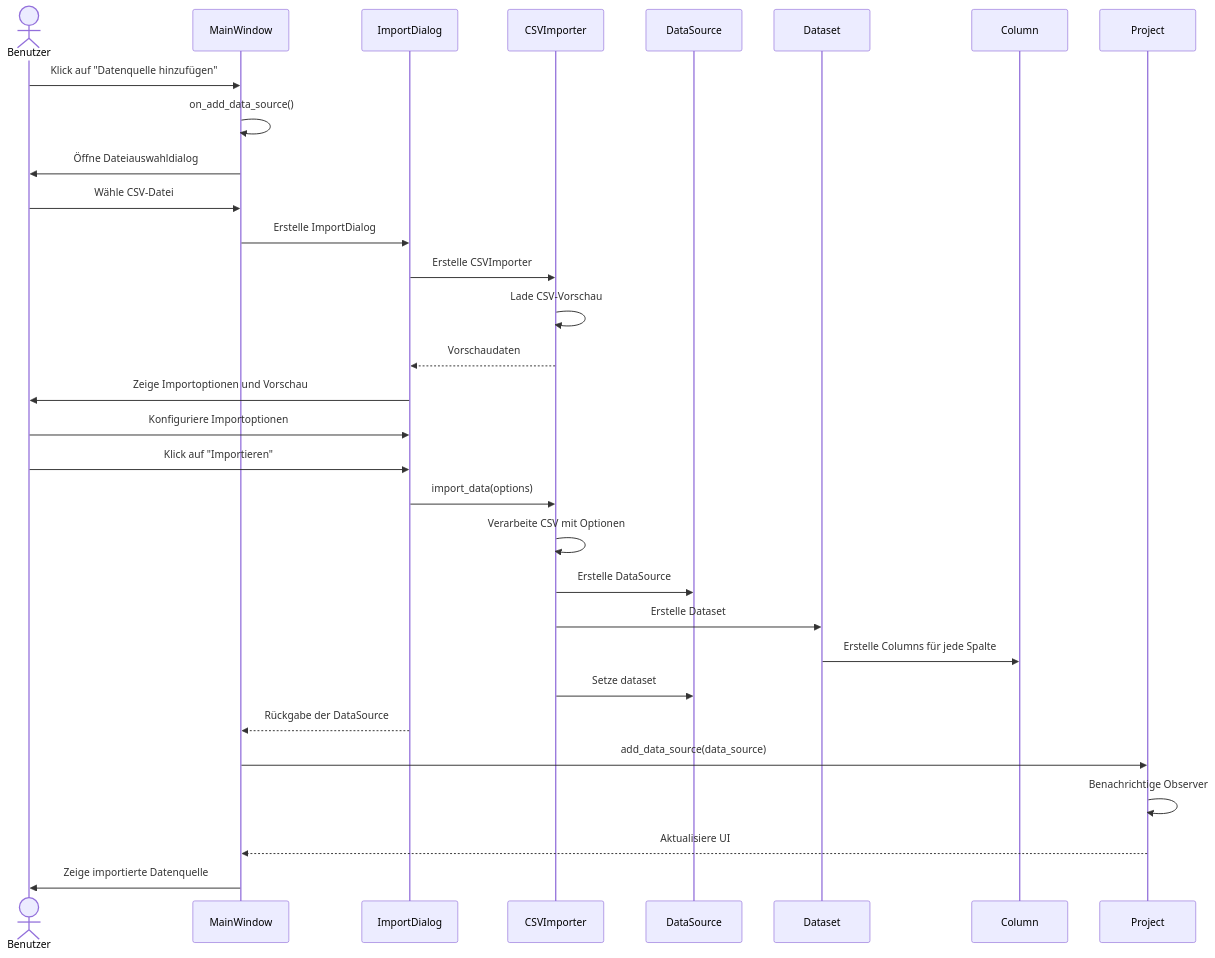
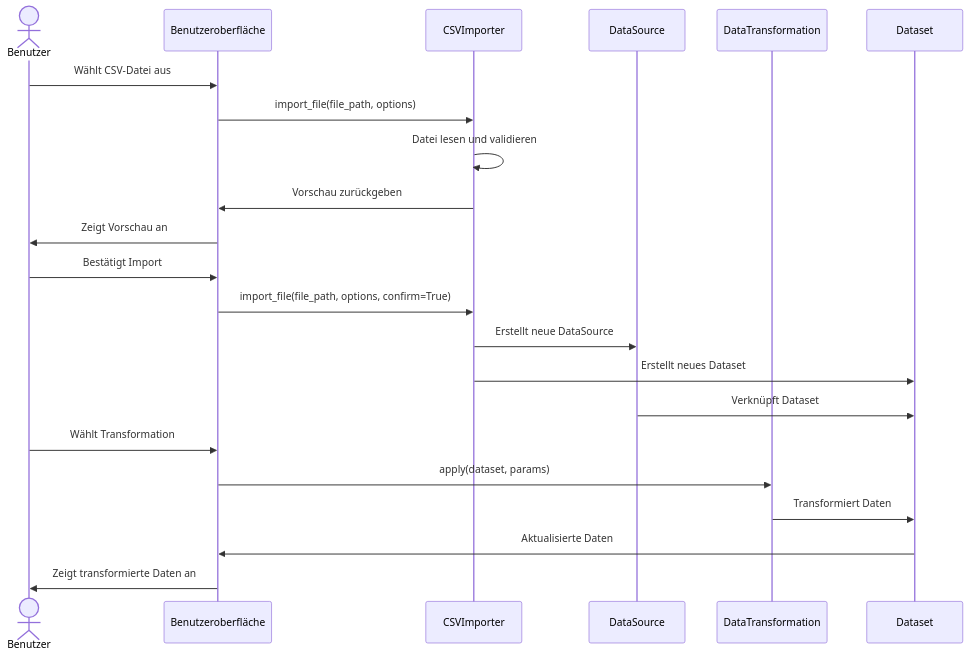
The diagram in docs/diagrams/sequence-diagram.mmd (jurkat/datainspect), drawn with Mermaid before and after one commit. The commit also changed 24 other files, not shown here.

First line of the commit message:
Finalize Portfolio Project Phase 3: Complete Documentation and Diagrams

```diff
--- a/docs/diagrams/sequence-diagram.mmd
+++ b/docs/diagrams/sequence-diagram.mmd
@@ -1,32 +1,25 @@
 sequenceDiagram
     actor User as Benutzer
-    participant MW as MainWindow
-    participant ID as ImportDialog
-    participant CI as CSVImporter
+    participant UI as Benutzeroberfläche
+    participant Importer as CSVImporter
     participant DS as DataSource
-    participant D as Dataset
-    participant C as Column
-    participant P as Project
+    participant DT as DataTransformation
+    participant Dataset as Dataset
 
-    User->>MW: Klick auf "Datenquelle hinzufügen"
-    MW->>MW: on_add_data_source()
-    MW->>User: Öffne Dateiauswahldialog
-    User->>MW: Wähle CSV-Datei
-    MW->>ID: Erstelle ImportDialog
-    ID->>CI: Erstelle CSVImporter
-    CI->>CI: Lade CSV-Vorschau
-    CI-->>ID: Vorschaudaten
-    ID->>User: Zeige Importoptionen und Vorschau
-    User->>ID: Konfiguriere Importoptionen
-    User->>ID: Klick auf "Importieren"
-    ID->>CI: import_data(options)
-    CI->>CI: Verarbeite CSV mit Optionen
-    CI->>DS: Erstelle DataSource
-    CI->>D: Erstelle Dataset
-    D->>C: Erstelle Columns für jede Spalte
-    CI->>DS: Setze dataset
-    ID-->>MW: Rückgabe der DataSource
-    MW->>P: add_data_source(data_source)
-    P->>P: Benachrichtige Observer
-    P-->>MW: Aktualisiere UI
-    MW->>User: Zeige importierte Datenquelle
+    User->>UI: Wählt CSV-Datei aus
+    UI->>Importer: import_file(file_path, options)
+    Importer->>Importer: Datei lesen und validieren
+    Importer->>UI: Vorschau zurückgeben
+    UI->>User: Zeigt Vorschau an
+
+    User->>UI: Bestätigt Import
+    UI->>Importer: import_file(file_path, options, confirm=True)
+    Importer->>DS: Erstellt neue DataSource
+    Importer->>Dataset: Erstellt neues Dataset
+    DS->>Dataset: Verknüpft Dataset
+
+    User->>UI: Wählt Transformation
+    UI->>DT: apply(dataset, params)
+    DT->>Dataset: Transformiert Daten
+    Dataset->>UI: Aktualisierte Daten
+    UI->>User: Zeigt transformierte Daten an
```
